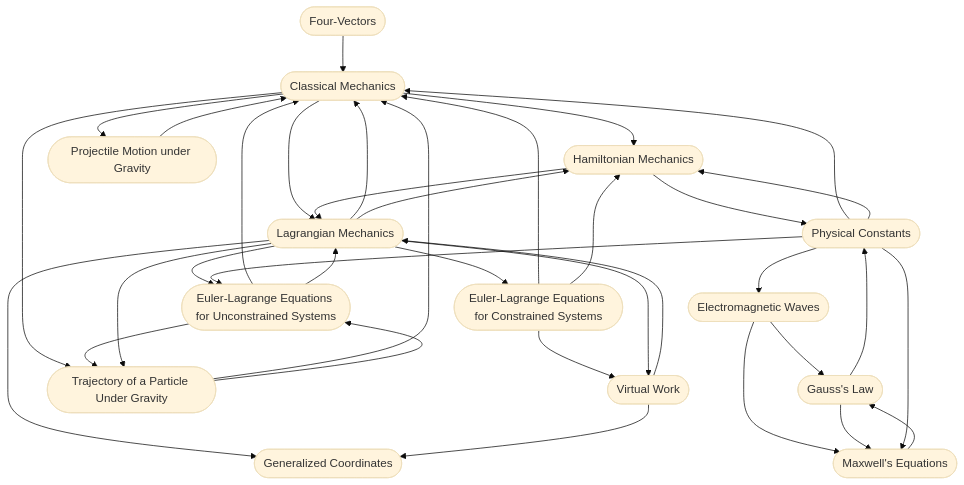
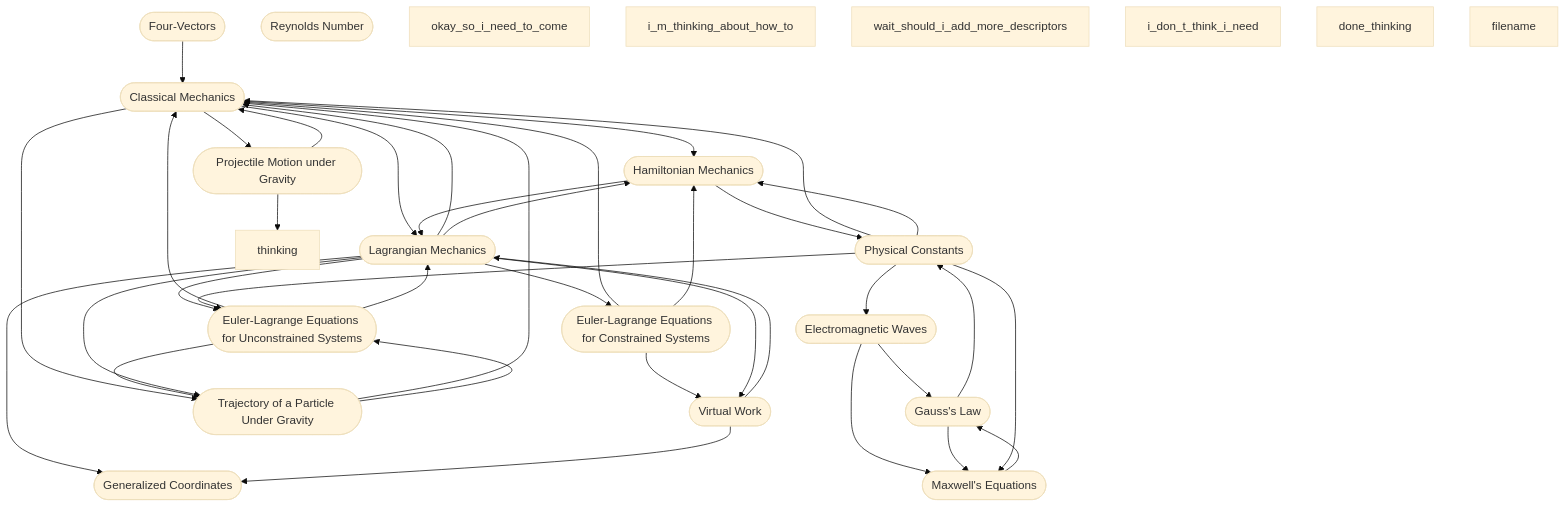
The diagram in KNOWLEDGE_GRAPH.md (Aaravshah2907/Physics-KB), drawn with Mermaid (base theme) before and after one commit. The commit also changed 3 other files, not shown here.

Commit message:
Generate deep-dive: Reynolds Number

````diff
--- a/KNOWLEDGE_GRAPH.md
+++ b/KNOWLEDGE_GRAPH.md
@@ -3,52 +3,64 @@
 ```mermaid
 graph TD
   classical_mechanics([Classical Mechanics])
   electromagnetic_waves([Electromagnetic Waves])
   eulerlagrange_equations_for_constrained_systems([Euler-Lagrange Equations for Constrained Systems])
   eulerlagrange_equations_for_unconstrained_systems([Euler-Lagrange Equations for Unconstrained Systems])
   four_vectors([Four-Vectors])
   gauss_law([Gauss's Law])
   generalized_coordinates([Generalized Coordinates])
   hamiltonian_mechanics([Hamiltonian Mechanics])
   lagrangian_mechanics([Lagrangian Mechanics])
   maxwell_s_equations([Maxwell's Equations])
   physical_constants([Physical Constants])
   projectile_motion([Projectile Motion under Gravity])
+  thinking_okay_so_i_need_to_come__i_m_thinking_about_how_to__wait_should_i_add_more_descriptors__i_don_t_think_i_need_done_thinking__filename([Reynolds Number])
   trajectory_under_gravity([Trajectory of a Particle Under Gravity])
   virtual_work([Virtual Work])
   classical_mechanics --> hamiltonian_mechanics
   classical_mechanics --> lagrangian_mechanics
   classical_mechanics --> projectile_motion
   classical_mechanics --> trajectory_under_gravity
   electromagnetic_waves --> gauss_law
   electromagnetic_waves --> maxwell_s_equations
   eulerlagrange_equations_for_constrained_systems --> classical_mechanics
   eulerlagrange_equations_for_constrained_systems --> hamiltonian_mechanics
   eulerlagrange_equations_for_constrained_systems --> virtual_work
   eulerlagrange_equations_for_unconstrained_systems --> classical_mechanics
   eulerlagrange_equations_for_unconstrained_systems --> lagrangian_mechanics
   eulerlagrange_equations_for_unconstrained_systems --> trajectory_under_gravity
   four_vectors --> classical_mechanics
   gauss_law --> maxwell_s_equations
   gauss_law --> physical_constants
   hamiltonian_mechanics --> lagrangian_mechanics
   hamiltonian_mechanics --> physical_constants
   lagrangian_mechanics --> classical_mechanics
   lagrangian_mechanics --> eulerlagrange_equations_for_constrained_systems
   lagrangian_mechanics --> eulerlagrange_equations_for_unconstrained_systems
   lagrangian_mechanics --> generalized_coordinates
   lagrangian_mechanics --> hamiltonian_mechanics
   lagrangian_mechanics --> trajectory_under_gravity
   lagrangian_mechanics --> virtual_work
   maxwell_s_equations --> gauss_law
   physical_constants --> classical_mechanics
   physical_constants --> electromagnetic_waves
   physical_constants --> eulerlagrange_equations_for_unconstrained_systems
   physical_constants --> hamiltonian_mechanics
   physical_constants --> maxwell_s_equations
   projectile_motion --> classical_mechanics
+  projectile_motion --> thinking
+okay_so_i_need_to_come
+
+i_m_thinking_about_how_to
+
+wait_should_i_add_more_descriptors
+
+i_don_t_think_i_need
+done_thinking
+
+filename
   trajectory_under_gravity --> classical_mechanics
   trajectory_under_gravity --> eulerlagrange_equations_for_unconstrained_systems
   virtual_work --> generalized_coordinates
   virtual_work --> lagrangian_mechanics
 ```
````
